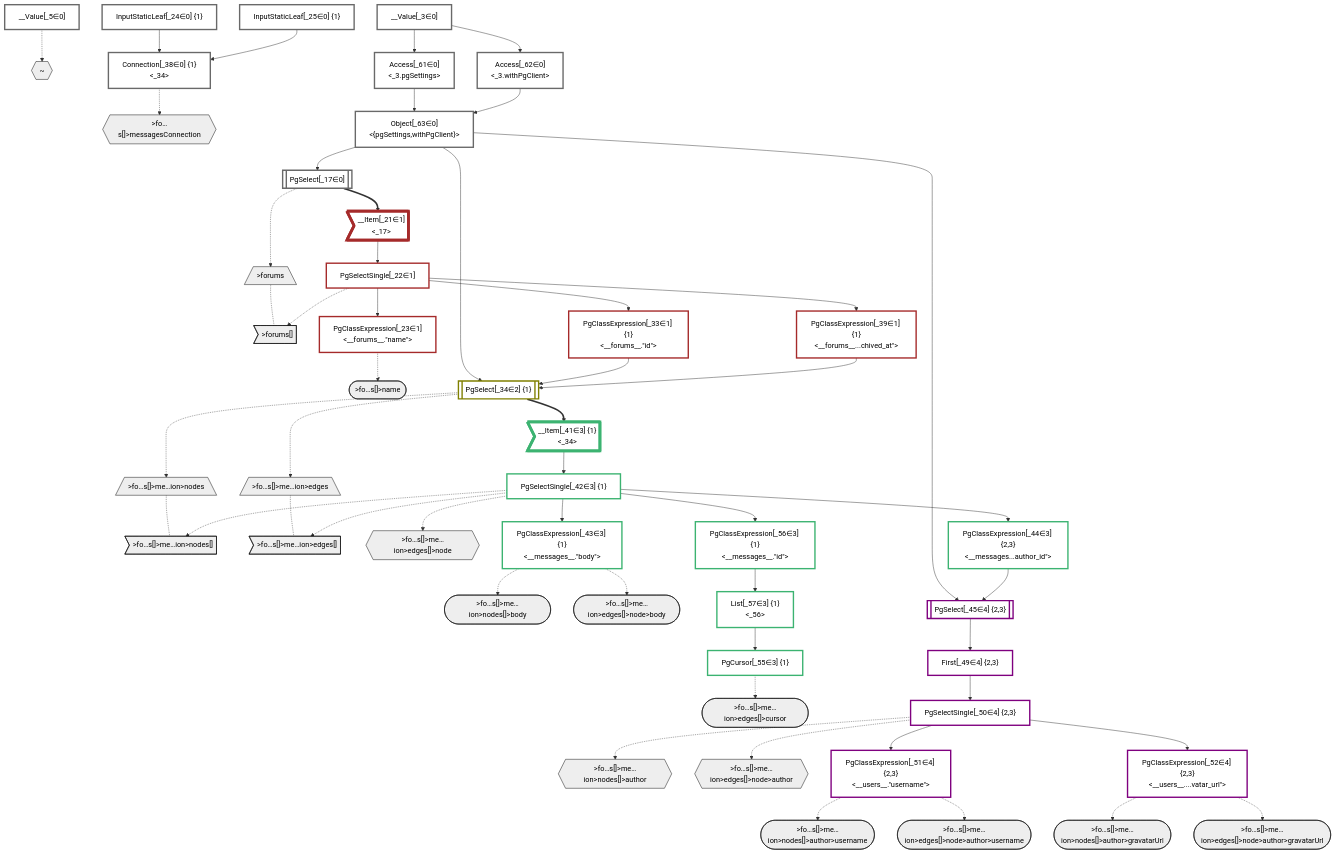
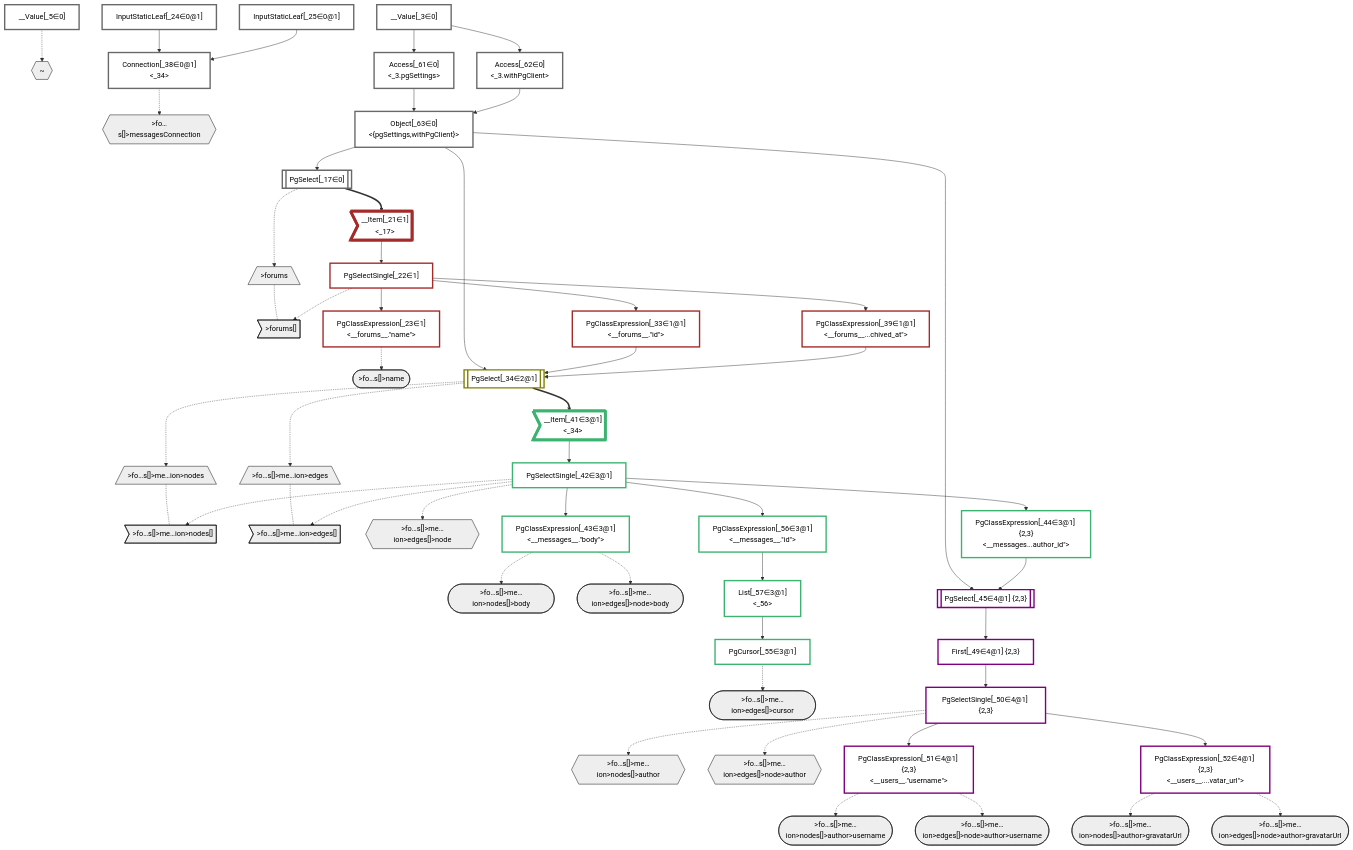
The diagram in packages/dataplan-pg/__tests__/queries/conditions/archived-forum-inherited-messages.defer-7.deopt.mermaid.md (graphile/crystal), drawn with Mermaid before and after one commit. The commit also changed 41 other files, not shown here.

Commit message:
New mermaid output with primary group IDs

```diff
--- a/packages/dataplan-pg/__tests__/queries/conditions/archived-forum-inherited-messages.defer-7.deopt.mermaid.md
+++ b/packages/dataplan-pg/__tests__/queries/conditions/archived-forum-inherited-messages.defer-7.deopt.mermaid.md
@@ -52,24 +52,24 @@
     __Item_21>"__Item[_21∈1]<br /><_17>"]:::itemplan
     PgSelectSingle_22["PgSelectSingle[_22∈1]<br /><forums>"]:::plan
     PgClassExpression_23["PgClassExpression[_23∈1]<br /><__forums__.#quot;name#quot;>"]:::plan
-    InputStaticLeaf_24["InputStaticLeaf[_24∈0] {1}"]:::plan
-    InputStaticLeaf_25["InputStaticLeaf[_25∈0] {1}"]:::plan
-    PgClassExpression_33["PgClassExpression[_33∈1] {1}<br /><__forums__.#quot;id#quot;>"]:::plan
-    PgSelect_34[["PgSelect[_34∈2] {1}<br /><messages>"]]:::plan
-    Connection_38["Connection[_38∈0] {1}<br /><_34>"]:::plan
-    PgClassExpression_39["PgClassExpression[_39∈1] {1}<br /><__forums__...chived_at#quot;>"]:::plan
-    __Item_41>"__Item[_41∈3] {1}<br /><_34>"]:::itemplan
-    PgSelectSingle_42["PgSelectSingle[_42∈3] {1}<br /><messages>"]:::plan
-    PgClassExpression_43["PgClassExpression[_43∈3] {1}<br /><__messages__.#quot;body#quot;>"]:::plan
-    PgClassExpression_44["PgClassExpression[_44∈3] {2,3}<br /><__messages...author_id#quot;>"]:::plan
-    PgSelect_45[["PgSelect[_45∈4] {2,3}<br /><users>"]]:::plan
-    First_49["First[_49∈4] {2,3}"]:::plan
-    PgSelectSingle_50["PgSelectSingle[_50∈4] {2,3}<br /><users>"]:::plan
-    PgClassExpression_51["PgClassExpression[_51∈4] {2,3}<br /><__users__.#quot;username#quot;>"]:::plan
-    PgClassExpression_52["PgClassExpression[_52∈4] {2,3}<br /><__users__....vatar_url#quot;>"]:::plan
-    PgCursor_55["PgCursor[_55∈3] {1}"]:::plan
-    PgClassExpression_56["PgClassExpression[_56∈3] {1}<br /><__messages__.#quot;id#quot;>"]:::plan
-    List_57["List[_57∈3] {1}<br /><_56>"]:::plan
+    InputStaticLeaf_24["InputStaticLeaf[_24∈0@1]"]:::plan
+    InputStaticLeaf_25["InputStaticLeaf[_25∈0@1]"]:::plan
+    PgClassExpression_33["PgClassExpression[_33∈1@1]<br /><__forums__.#quot;id#quot;>"]:::plan
+    PgSelect_34[["PgSelect[_34∈2@1]<br /><messages>"]]:::plan
+    Connection_38["Connection[_38∈0@1]<br /><_34>"]:::plan
+    PgClassExpression_39["PgClassExpression[_39∈1@1]<br /><__forums__...chived_at#quot;>"]:::plan
+    __Item_41>"__Item[_41∈3@1]<br /><_34>"]:::itemplan
+    PgSelectSingle_42["PgSelectSingle[_42∈3@1]<br /><messages>"]:::plan
+    PgClassExpression_43["PgClassExpression[_43∈3@1]<br /><__messages__.#quot;body#quot;>"]:::plan
+    PgClassExpression_44["PgClassExpression[_44∈3@1] {2,3}<br /><__messages...author_id#quot;>"]:::plan
+    PgSelect_45[["PgSelect[_45∈4@1] {2,3}<br /><users>"]]:::plan
+    First_49["First[_49∈4@1] {2,3}"]:::plan
+    PgSelectSingle_50["PgSelectSingle[_50∈4@1] {2,3}<br /><users>"]:::plan
+    PgClassExpression_51["PgClassExpression[_51∈4@1] {2,3}<br /><__users__.#quot;username#quot;>"]:::plan
+    PgClassExpression_52["PgClassExpression[_52∈4@1] {2,3}<br /><__users__....vatar_url#quot;>"]:::plan
+    PgCursor_55["PgCursor[_55∈3@1]"]:::plan
+    PgClassExpression_56["PgClassExpression[_56∈3@1]<br /><__messages__.#quot;id#quot;>"]:::plan
+    List_57["List[_57∈3@1]<br /><_56>"]:::plan
     Access_61["Access[_61∈0]<br /><_3.pgSettings>"]:::plan
     Access_62["Access[_62∈0]<br /><_3.withPgClient>"]:::plan
     Object_63["Object[_63∈0]<br /><{pgSettings,withPgClient}>"]:::plan
```
